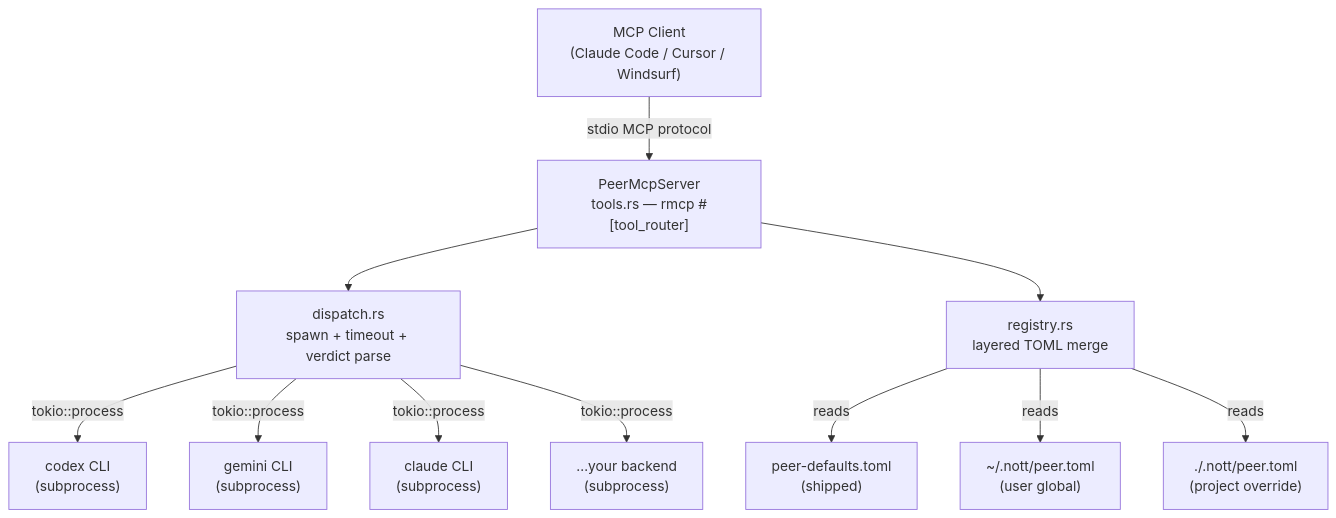
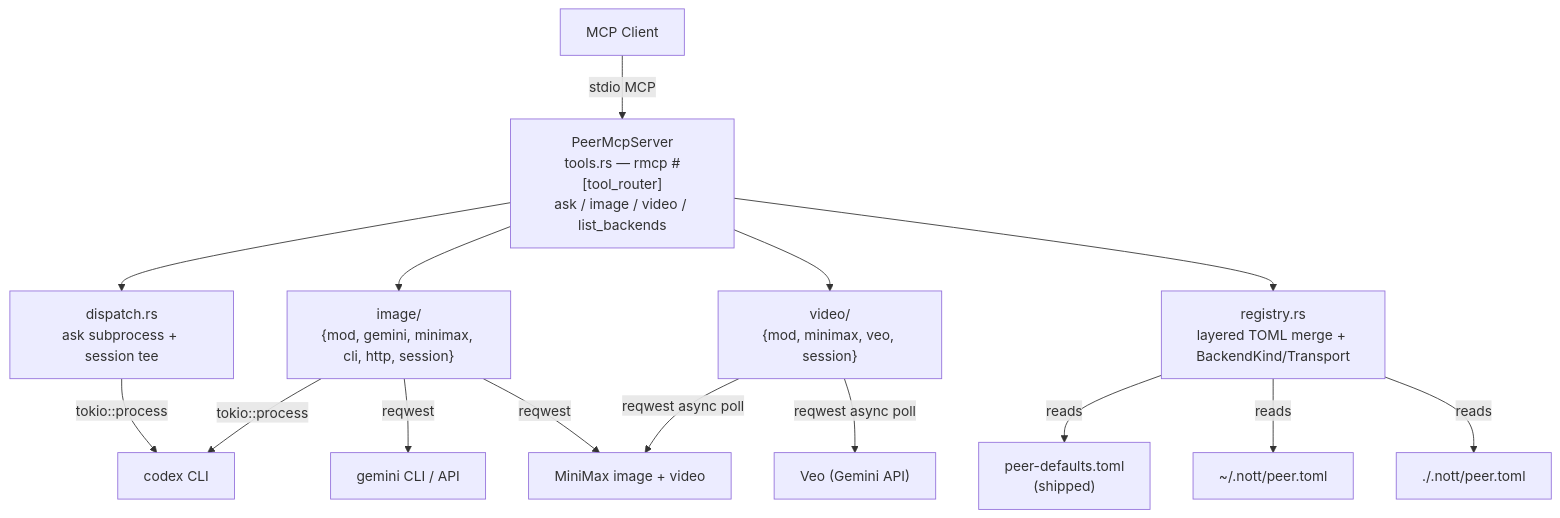
One commit to menot-you/peer changed the second of 2 diagrams in README.md. Above: the diagram before and after it, drawn with Mermaid. The commit also changed other lines of this file and 1 other file, not shown here.

First line of the commit message:
docs(peer): README + CONTRIBUTING cover image/video tools

````diff
--- a/README.md
+++ b/README.md
@@ -125,22 +163,28 @@
 ```mermaid
 graph TD
-    Client["MCP Client<br/>(Claude Code / Cursor / Windsurf)"]
-    Server["PeerMcpServer<br/>tools.rs — rmcp #[tool_router]"]
-    Dispatch["dispatch.rs<br/>spawn + timeout + verdict parse"]
-    Registry["registry.rs<br/>layered TOML merge"]
-    Codex["codex CLI<br/>(subprocess)"]
-    Gemini["gemini CLI<br/>(subprocess)"]
-    Claude["claude CLI<br/>(subprocess)"]
-    Custom["…your backend<br/>(subprocess)"]
+    Client["MCP Client"]
+    Server["PeerMcpServer<br/>tools.rs — rmcp #[tool_router]<br/>ask / image / video / list_backends"]
+    Dispatch["dispatch.rs<br/>ask subprocess + session tee"]
+    Image["image/<br/>{mod, gemini, minimax, cli, http, session}"]
+    Video["video/<br/>{mod, minimax, veo, session}"]
+    Registry["registry.rs<br/>layered TOML merge + BackendKind/Transport"]
+    Codex["codex CLI"]
+    Gemini["gemini CLI / API"]
+    MiniMax["MiniMax image + video"]
+    Veo["Veo (Gemini API)"]
 
-    Client -->|stdio MCP protocol| Server
+    Client -->|stdio MCP| Server
     Server --> Dispatch
+    Server --> Image
+    Server --> Video
     Server --> Registry
     Dispatch -->|tokio::process| Codex
-    Dispatch -->|tokio::process| Gemini
-    Dispatch -->|tokio::process| Claude
-    Dispatch -->|tokio::process| Custom
+    Image -->|reqwest| Gemini
+    Image -->|reqwest| MiniMax
+    Image -->|tokio::process| Codex
+    Video -->|reqwest async poll| MiniMax
+    Video -->|reqwest async poll| Veo
     Registry -->|reads| Defaults["peer-defaults.toml<br/>(shipped)"]
-    Registry -->|reads| User["~/.nott/peer.toml<br/>(user global)"]
-    Registry -->|reads| Project["./.nott/peer.toml<br/>(project override)"]
+    Registry -->|reads| User["~/.nott/peer.toml"]
+    Registry -->|reads| Project["./.nott/peer.toml"]
 ```
````
